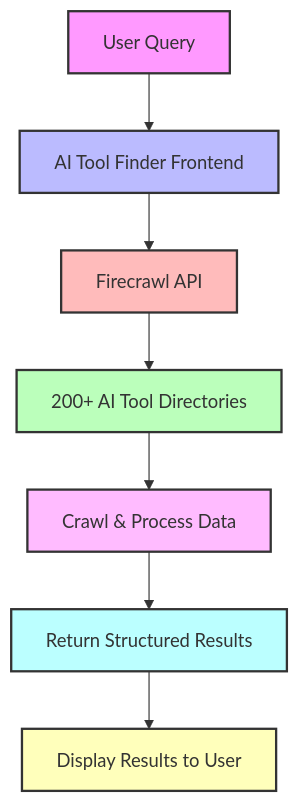
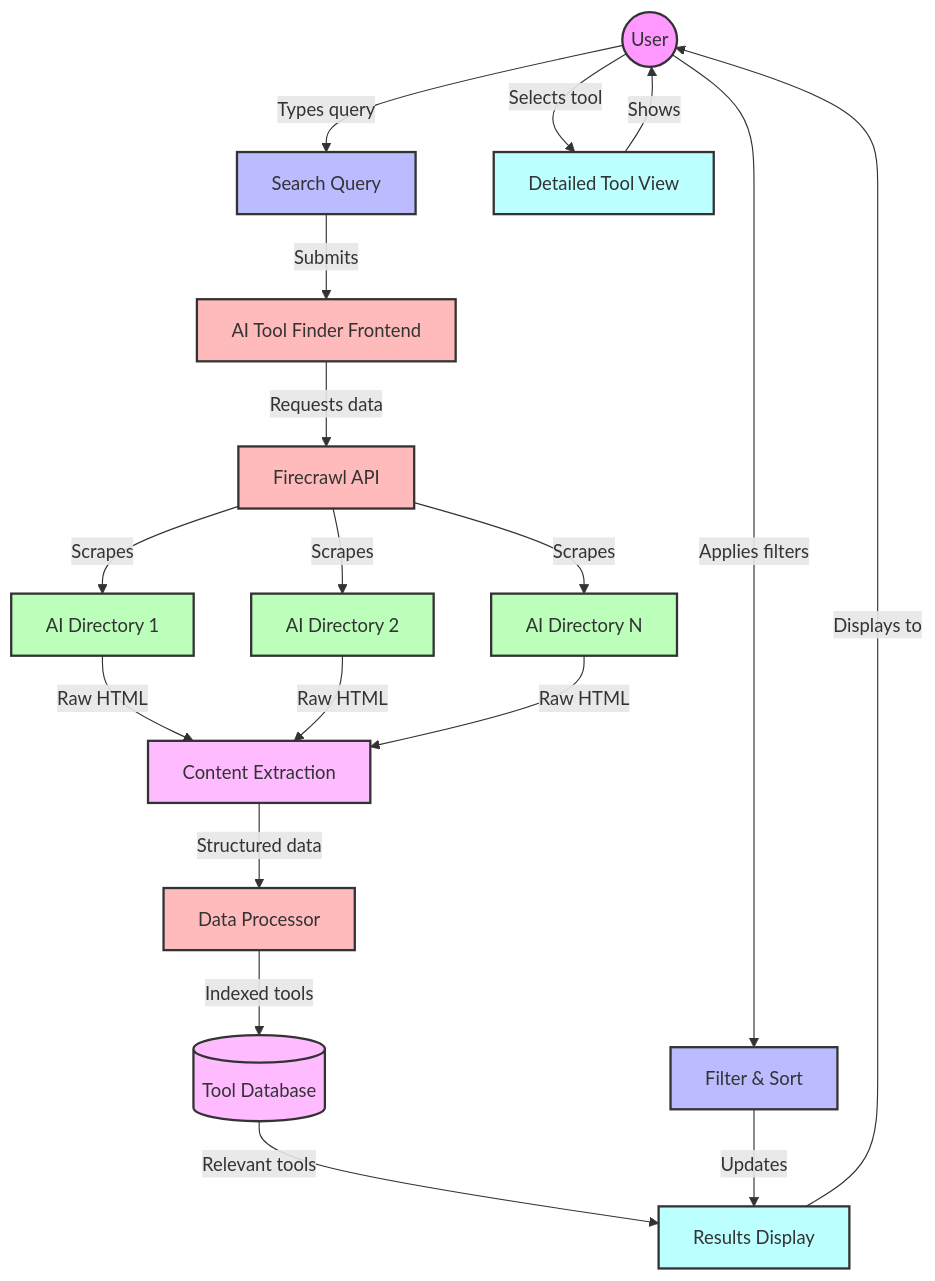
Before and after one commit to harshith-eth/ai-tool-finder-firecrawl: the diagram in README.md, drawn with Mermaid.

Commit message:
Update mermaid diagram with detailed graph TD format

````diff
--- a/README.md
+++ b/README.md
@@ -30,17 +30,52 @@
 ```mermaid
 graph TD
-    A[User Query] --> B[AI Tool Finder Frontend]
-    B --> C[Firecrawl API]
-    C --> D[200+ AI Tool Directories]
-    D --> E[Crawl & Process Data]
-    E --> F[Return Structured Results]
-    F --> G[Display Results to User]
+    %% Nodes
+    User((User))
+    Search[Search Query]
+    Frontend[AI Tool Finder Frontend]
+    API[Firecrawl API]
+    Extract[Content Extraction]
+    Directory1[AI Directory 1]
+    Directory2[AI Directory 2]
+    DirectoryN[AI Directory N]
+    Processor[Data Processor]
+    DB[(Tool Database)]
+    Results[Results Display]
+    Filter[Filter & Sort]
+    Details[Detailed Tool View]
     
-    style A fill:#f9f,stroke:#333,stroke-width:2px
-    style B fill:#bbf,stroke:#333,stroke-width:2px
-    style C fill:#fbb,stroke:#333,stroke-width:2px
-    style D fill:#bfb,stroke:#333,stroke-width:2px
-    style E fill:#fbf,stroke:#333,stroke-width:2px
-    style F fill:#bff,stroke:#333,stroke-width:2px
-    style G fill:#ffb,stroke:#333,stroke-width:2px
+    %% Connections
+    User -->|Types query| Search
+    Search -->|Submits| Frontend
+    Frontend -->|Requests data| API
+    API -->|Scrapes| Directory1
+    API -->|Scrapes| Directory2
+    API -->|Scrapes| DirectoryN
+    Directory1 -->|Raw HTML| Extract
+    Directory2 -->|Raw HTML| Extract
+    DirectoryN -->|Raw HTML| Extract
+    Extract -->|Structured data| Processor
+    Processor -->|Indexed tools| DB
+    DB -->|Relevant tools| Results
+    Results -->|Displays to| User
+    User -->|Applies filters| Filter
+    Filter -->|Updates| Results
+    User -->|Selects tool| Details
+    Details -->|Shows| User
+    
+    %% Styling
+    classDef user fill:#f9f,stroke:#333,stroke-width:2px
+    classDef input fill:#bbf,stroke:#333,stroke-width:2px
+    classDef processing fill:#fbb,stroke:#333,stroke-width:2px
+    classDef source fill:#bfb,stroke:#333,stroke-width:2px
+    classDef data fill:#fbf,stroke:#333,stroke-width:2px
+    classDef output fill:#bff,stroke:#333,stroke-width:2px
+    classDef action fill:#ffb,stroke:#333,stroke-width:2px
+    
+    class User user
+    class Search,Filter input
+    class Frontend,API,Processor processing
+    class Directory1,Directory2,DirectoryN source
+    class Extract,DB data
+    class Results,Details output
 ```
````
